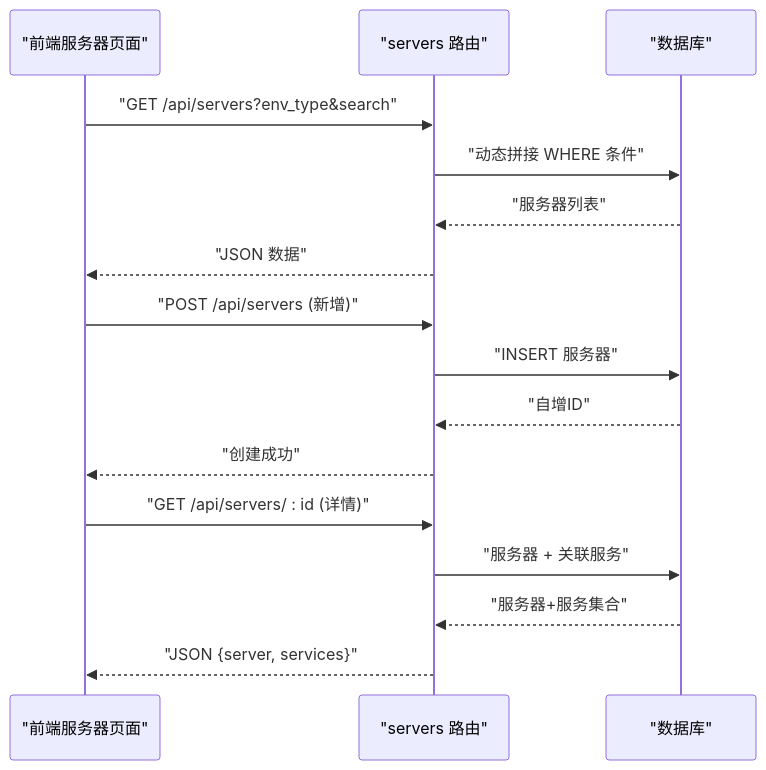
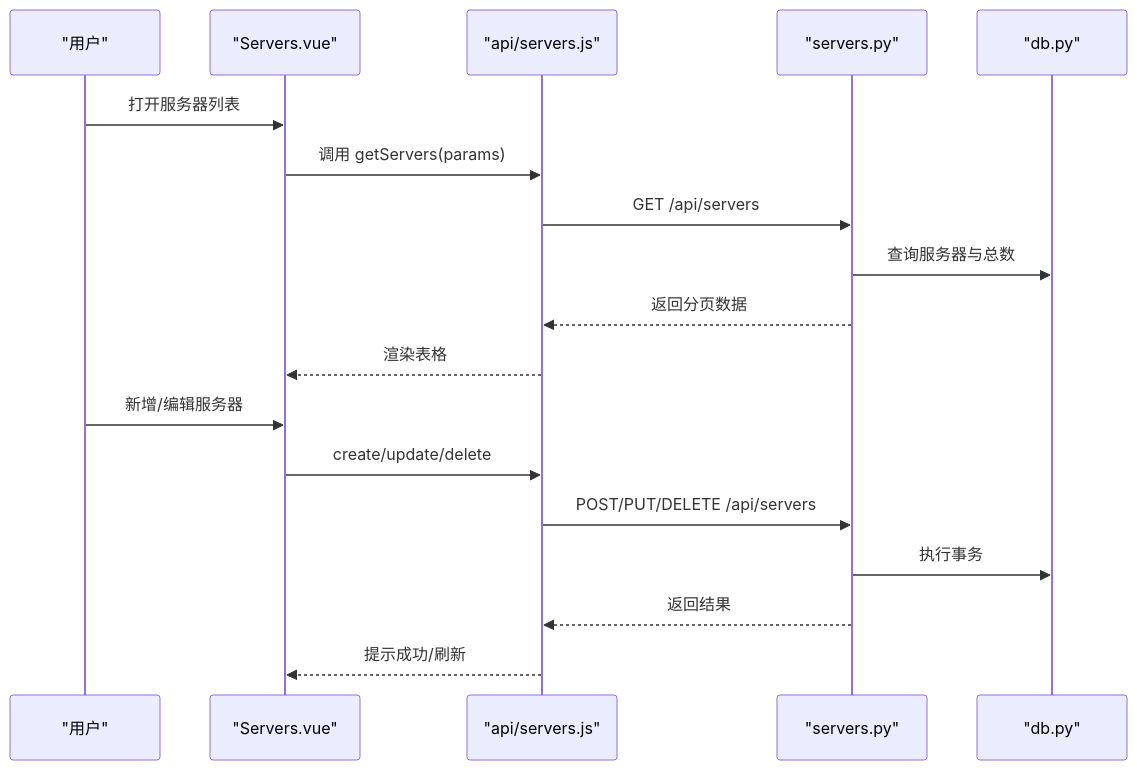
Before and after one commit to ismine3/OPS: the fourth of 8 diagrams in .qoder/repowiki/zh/content/核心功能模块/核心功能模块.md, drawn with Mermaid. The commit also changed other lines of this file and 109 other files, not shown here.

````diff
--- a/.qoder/repowiki/zh/content/核心功能模块/核心功能模块.md
+++ b/.qoder/repowiki/zh/content/核心功能模块/核心功能模块.md
@@ -201,18 +233,20 @@
 ```mermaid
 sequenceDiagram
-participant FE as "前端服务器页面"
-participant API as "servers 路由"
-participant DB as "数据库"
-FE->>API : "GET /api/servers?env_type&search"
-API->>DB : "动态拼接 WHERE 条件"
-DB-->>API : "服务器列表"
-API-->>FE : "JSON 数据"
-FE->>API : "POST /api/servers (新增)"
-API->>DB : "INSERT 服务器"
-DB-->>API : "自增ID"
-API-->>FE : "创建成功"
-FE->>API : "GET /api/servers/ : id (详情)"
-API->>DB : "服务器 + 关联服务"
-DB-->>API : "服务器+服务集合"
-API-->>FE : "JSON {server, services}"
+participant U as "用户"
+participant V as "Servers.vue"
+participant A as "api/servers.js"
+participant R as "servers.py"
+participant D as "db.py"
+U->>V : 打开服务器列表
+V->>A : 调用 getServers(params)
+A->>R : GET /api/servers
+R->>D : 查询服务器与总数
+R-->>A : 返回分页数据
+A-->>V : 渲染表格
+U->>V : 新增/编辑服务器
+V->>A : create/update/delete
+A->>R : POST/PUT/DELETE /api/servers
+R->>D : 执行事务
+R-->>A : 返回结果
+A-->>V : 提示成功/刷新
 ```
````
